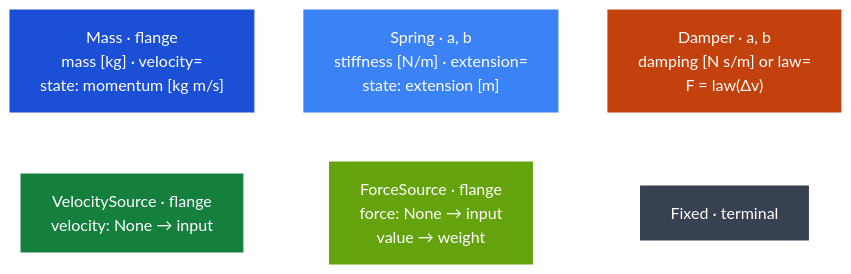
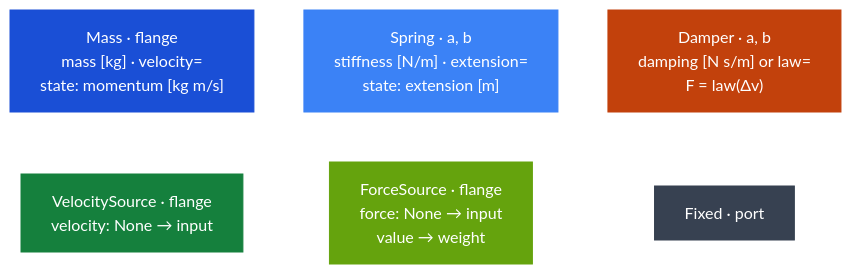
Before and after one commit to otwin-core/otwin: the fourth of 11 diagrams in COMPONENTS.md, drawn with Mermaid. The commit also changed other lines of this file and 57 other files, not shown here.

````diff
--- a/COMPONENTS.md
+++ b/COMPONENTS.md
@@ -221,17 +222,17 @@
 ```mermaid
 flowchart LR
     classDef as fill:#1a4fd6,color:#fff,stroke:#1a4fd6
     classDef ts fill:#3b82f6,color:#fff,stroke:#3b82f6
     classDef rs fill:#c2410c,color:#fff,stroke:#c2410c
     classDef ax fill:#15803d,color:#fff,stroke:#15803d
     classDef tx fill:#65a30d,color:#fff,stroke:#65a30d
     classDef rf fill:#374151,color:#fff,stroke:#374151
     M1["Mass · flange<br/>mass [kg] · velocity=<br/>state: momentum [kg m/s]"]:::as
     M2["Spring · a, b<br/>stiffness [N/m] · extension=<br/>state: extension [m]"]:::ts
     M3["Damper · a, b<br/>damping [N s/m] or law=<br/>F = law(Δv)"]:::rs
     M4["VelocitySource · flange<br/>velocity: None → input"]:::ax
     M5["ForceSource · flange<br/>force: None → input<br/>value → weight"]:::tx
-    M6["Fixed · terminal"]:::rf
+    M6["Fixed · port"]:::rf
     M1 ~~~ M2 ~~~ M3
     M4 ~~~ M5 ~~~ M6
 ```
````
